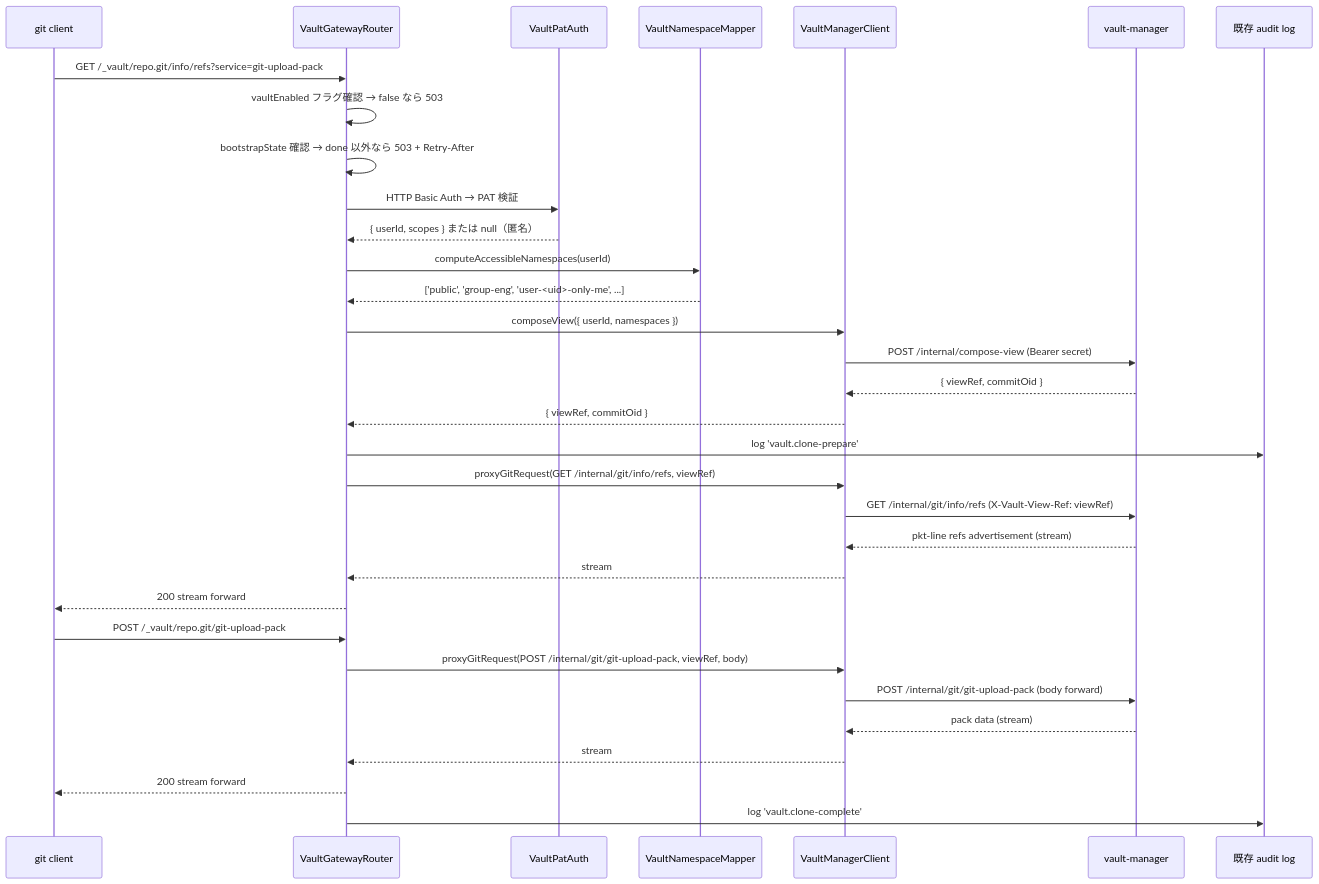
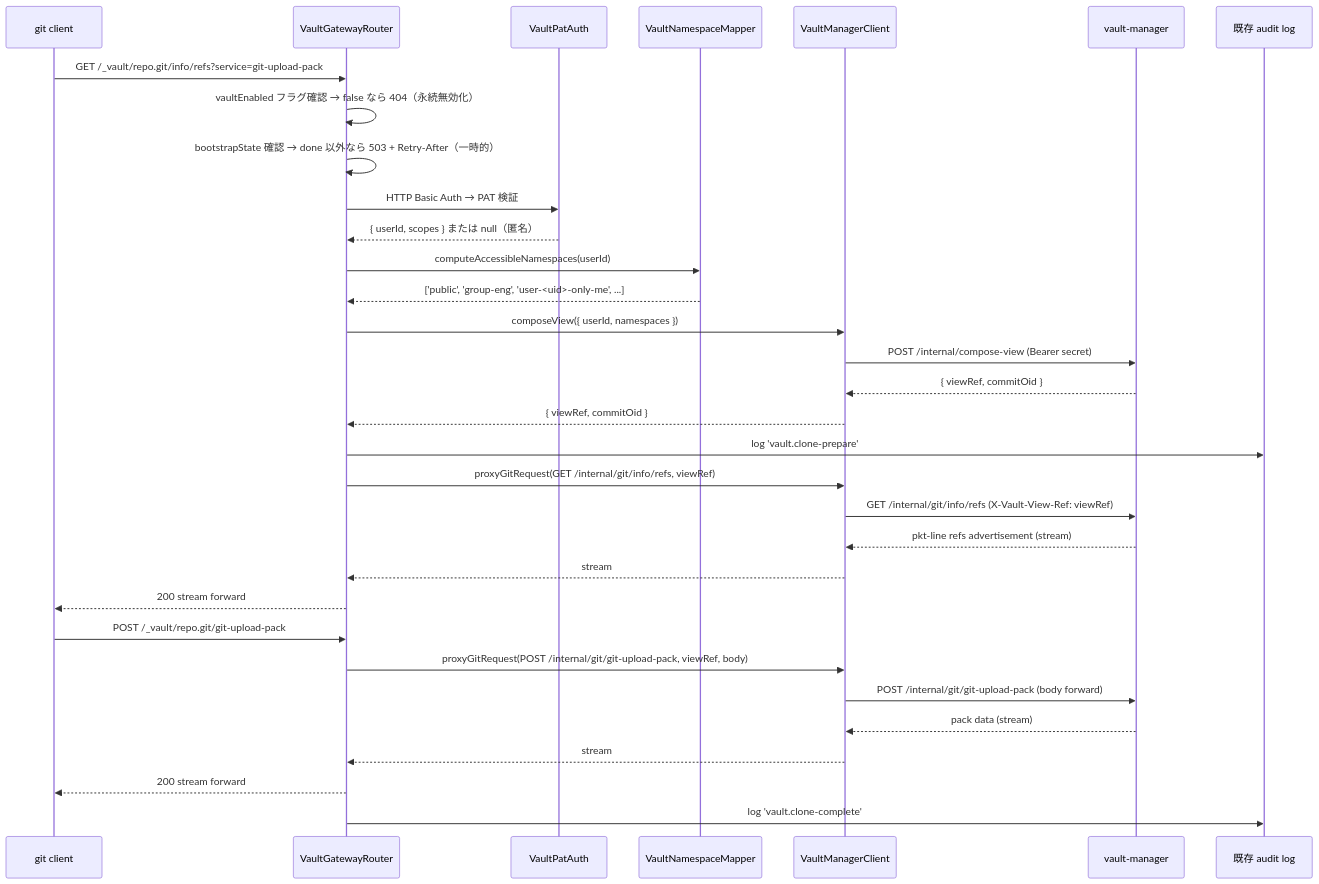
Before and after one commit to growilabs/growi: the second of 4 diagrams in .kiro/specs/growi-vault-gateway/design.md, drawn with Mermaid. The commit also changed other lines of this file and 4 other files, not shown here.

````diff
--- a/.kiro/specs/growi-vault-gateway/design.md
+++ b/.kiro/specs/growi-vault-gateway/design.md
@@ -171,36 +171,36 @@
 ```mermaid
 sequenceDiagram
     participant Cli as git client
     participant App as VaultGatewayRouter
     participant Auth as VaultPatAuth
     participant Map as VaultNamespaceMapper
     participant Client as VaultManagerClient
     participant VM as vault-manager
     participant Audit as 既存 audit log
 
     Cli->>App: GET /_vault/repo.git/info/refs?service=git-upload-pack
-    App->>App: vaultEnabled フラグ確認 → false なら 503
-    App->>App: bootstrapState 確認 → done 以外なら 503 + Retry-After
+    App->>App: vaultEnabled フラグ確認 → false なら 404（永続無効化）
+    App->>App: bootstrapState 確認 → done 以外なら 503 + Retry-After（一時的）
     App->>Auth: HTTP Basic Auth → PAT 検証
     Auth-->>App: { userId, scopes } または null（匿名）
     App->>Map: computeAccessibleNamespaces(userId)
     Map-->>App: ['public', 'group-eng', 'user-<uid>-only-me', ...]
     App->>Client: composeView({ userId, namespaces })
     Client->>VM: POST /internal/compose-view (Bearer secret)
     VM-->>Client: { viewRef, commitOid }
     Client-->>App: { viewRef, commitOid }
     App->>Audit: log 'vault.clone-prepare'
     App->>Client: proxyGitRequest(GET /internal/git/info/refs, viewRef)
     Client->>VM: GET /internal/git/info/refs (X-Vault-View-Ref: viewRef)
     VM-->>Client: pkt-line refs advertisement (stream)
     Client-->>App: stream
     App-->>Cli: 200 stream forward
 
     Cli->>App: POST /_vault/repo.git/git-upload-pack
     App->>Client: proxyGitRequest(POST /internal/git/git-upload-pack, viewRef, body)
     Client->>VM: POST /internal/git/git-upload-pack (body forward)
     VM-->>Client: pack data (stream)
     Client-->>App: stream
     App-->>Cli: 200 stream forward
     App->>Audit: log 'vault.clone-complete'
 ```
````
